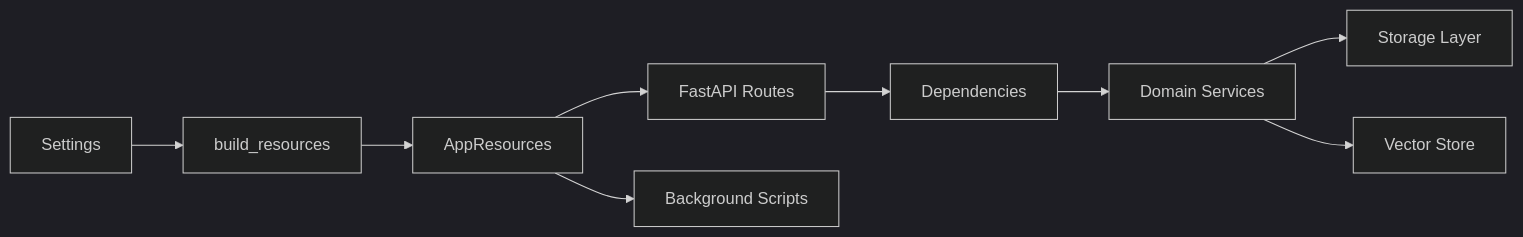
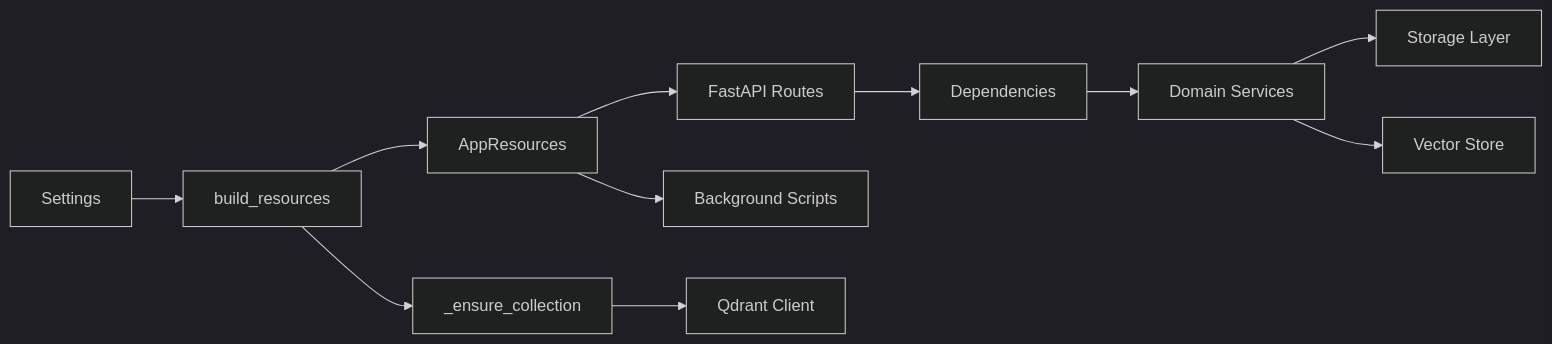
The seventh of 7 diagrams in .qoder/repowiki/en/content/API Reference/Resource Management System.md (ognelis/cafetera_hr_bot), drawn with Mermaid (dark theme) before and after one commit. The commit also changed other lines of this file and 9 other files, not shown here.

````diff
--- a/.qoder/repowiki/en/content/API Reference/Resource Management System.md
+++ b/.qoder/repowiki/en/content/API Reference/Resource Management System.md
@@ -354,11 +432,13 @@
 ```mermaid
 graph LR
 Config[Settings] --> Factory[build_resources]
+Factory --> CollMgr[_ensure_collection]
 Factory --> AppRes[AppResources]
 AppRes --> API[FastAPI Routes]
 AppRes --> Scripts[Background Scripts]
 API --> Deps[Dependencies]
 Deps --> Services[Domain Services]
 Services --> Storage[Storage Layer]
 Services --> Vector[Vector Store]
+CollMgr --> Qdrant[Qdrant Client]
 ```
````
